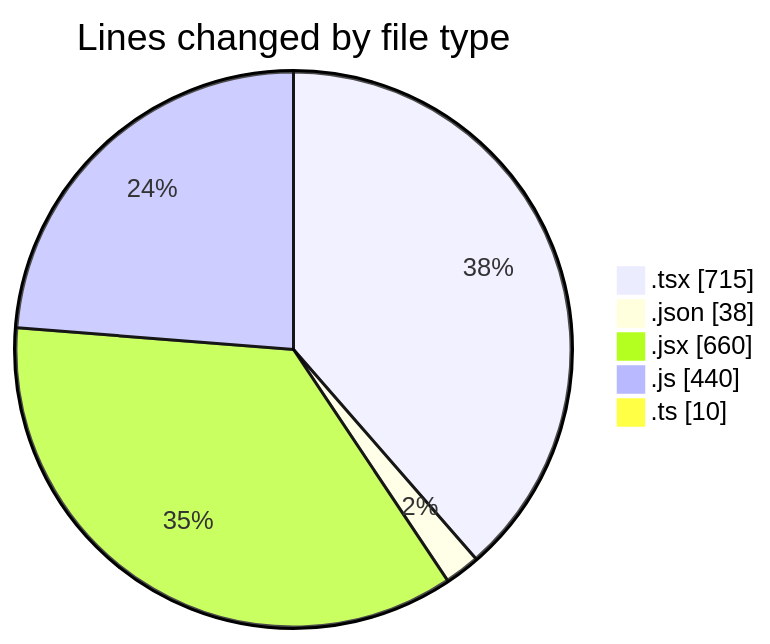
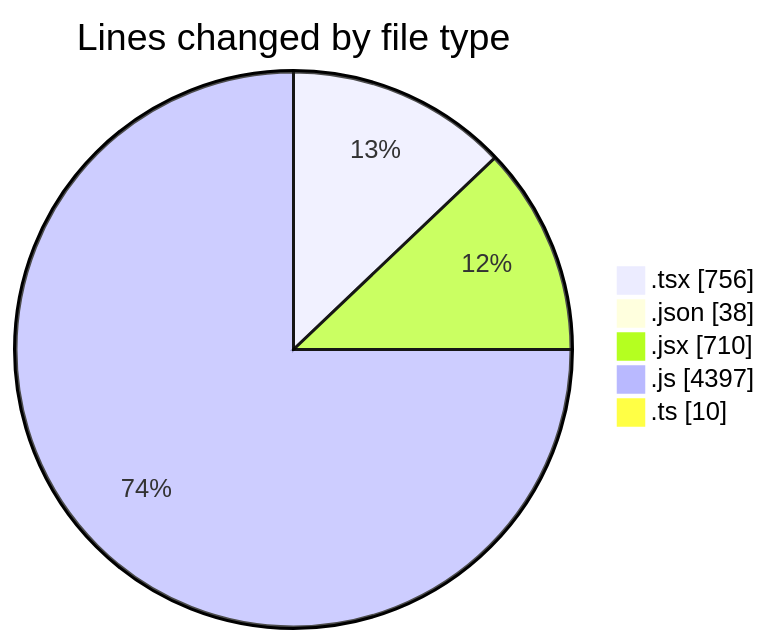
The first of 2 diagrams in 2025-05-27/ecom_store/README.md (Elitesun/code-tracking), drawn with Mermaid before and after one commit. The commit also changed other lines of this file and 1 other file, not shown here.

````diff
--- a/2025-05-27/ecom_store/README.md
+++ b/2025-05-27/ecom_store/README.md
@@ -37,9 +40,9 @@
 ```mermaid
 pie showData
 title Lines changed by file type
-".tsx" : 715
+".tsx" : 756
 ".json" : 38
-".jsx" : 660
-".js" : 440
+".jsx" : 710
+".js" : 4397
 ".ts" : 10
 ```
````
